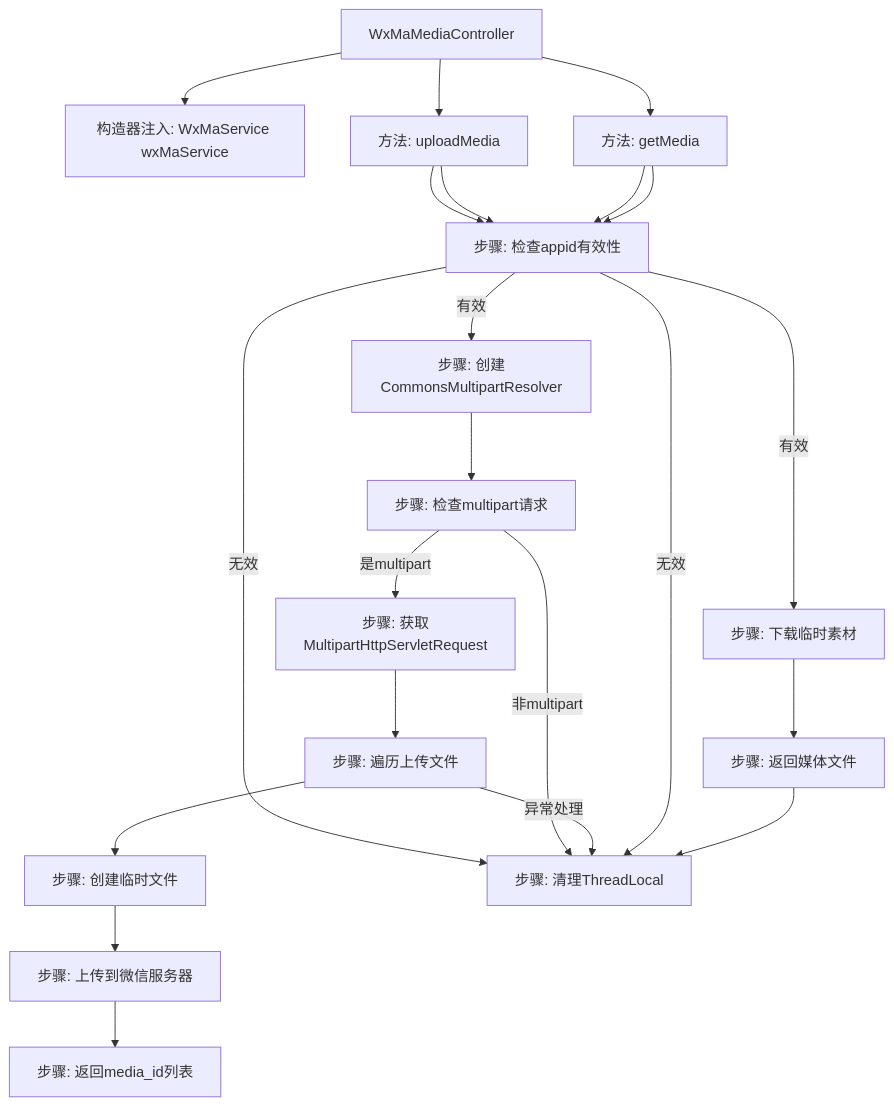
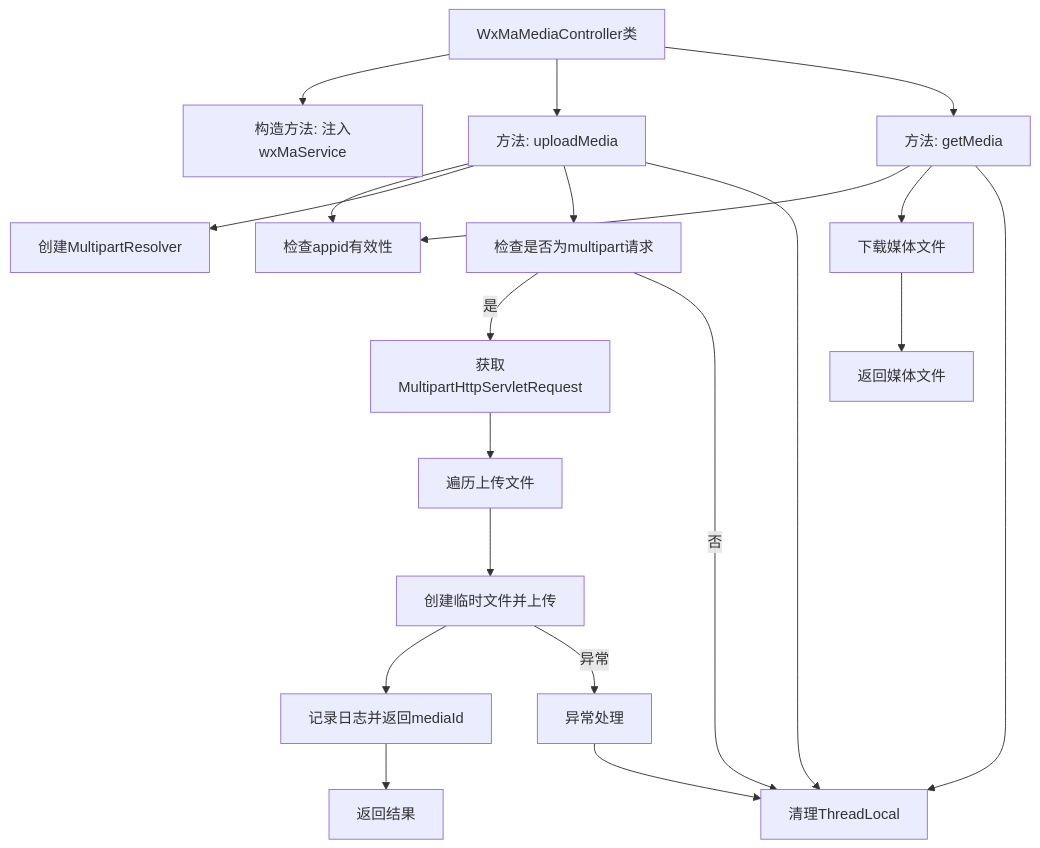
The second of 2 diagrams in docs/zh/docs/src/main/java/com/github/binarywang/demo/wx/miniapp/controller/WxMaMediaController.md (v-wjrong/rongwj666_weixin-java-miniapp-demo), drawn with Mermaid before and after one commit. The commit also changed other lines of this file and 49 other files, not shown here.

````diff
--- a/docs/zh/docs/src/main/java/com/github/binarywang/demo/wx/miniapp/controller/WxMaMediaController.md
+++ b/docs/zh/docs/src/main/java/com/github/binarywang/demo/wx/miniapp/controller/WxMaMediaController.md
@@ -95,28 +77,39 @@
 ```mermaid
 graph TD
-    A["WxMaMediaController"]
-    B["构造器注入: WxMaService wxMaService"]
+    A["WxMaMediaController类"]
+    B["构造方法: 注入wxMaService"]
     C["方法: uploadMedia"]
     D["方法: getMedia"]
-    E["步骤: 检查appid有效性"]
-    F["步骤: 创建CommonsMultipartResolver"]
-    G["步骤: 检查multipart请求"]
-    H["步骤: 获取MultipartHttpServletRequest"]
-    I["步骤: 遍历上传文件"]
-    J["步骤: 创建临时文件"]
-    K["步骤: 上传到微信服务器"]
-    L["步骤: 清理ThreadLocal"]
-    M["步骤: 返回media_id列表"]
-    N["步骤: 下载临时素材"]
-    O["步骤: 返回媒体文件"]
+    E["检查appid有效性"]
+    F["创建MultipartResolver"]
+    G["检查是否为multipart请求"]
+    H["获取MultipartHttpServletRequest"]
+    I["遍历上传文件"]
+    J["创建临时文件并上传"]
+    K["记录日志并返回mediaId"]
+    L["异常处理"]
+    M["清理ThreadLocal"]
+    N["返回结果"]
+    O["下载媒体文件"]
+    P["返回媒体文件"]
 
     A --> B
     A --> C
     A --> D
-    C --> E -->|无效| L
-    C --> E -->|有效| F --> G -->|非multipart| L
-    G -->|是multipart| H --> I --> J --> K --> M
-    I -->|异常处理| L
-    D --> E -->|无效| L
-    D --> E -->|有效| N --> O --> L
+    C --> E
+    C --> F
+    C --> G
+    G -->|是| H
+    G -->|否| M
+    H --> I
+    I --> J
+    J --> K
+    K --> N
+    J -->|异常| L
+    L --> M
+    C --> M
+    D --> E
+    D --> O
+    O --> P
+    D --> M
 ```
````
